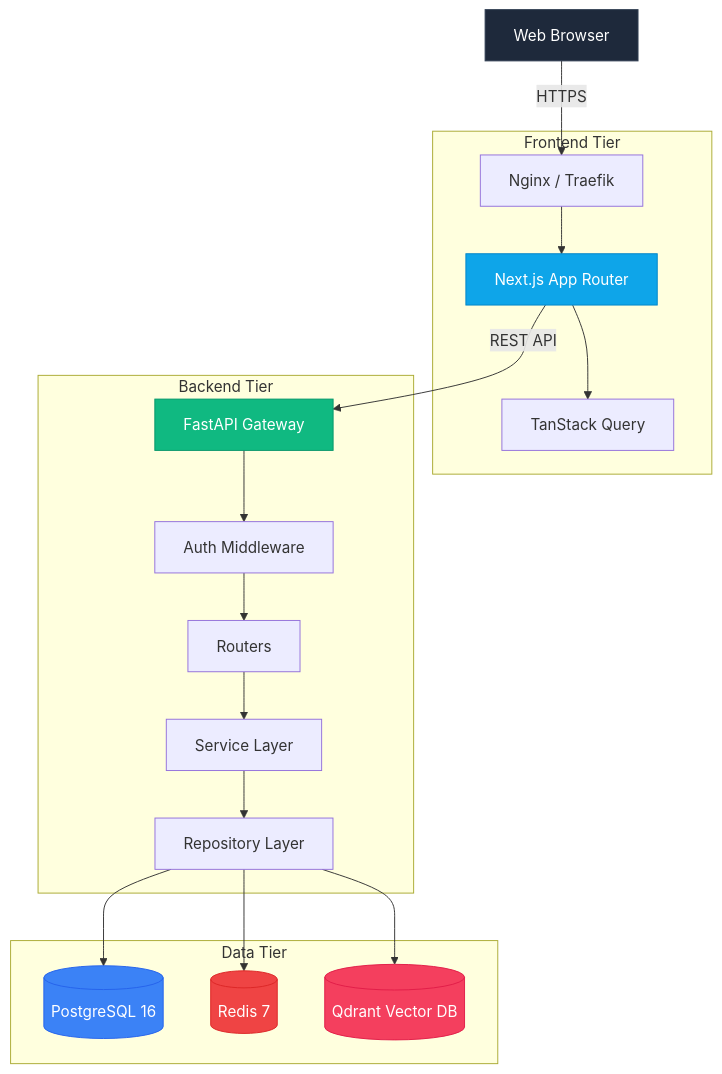
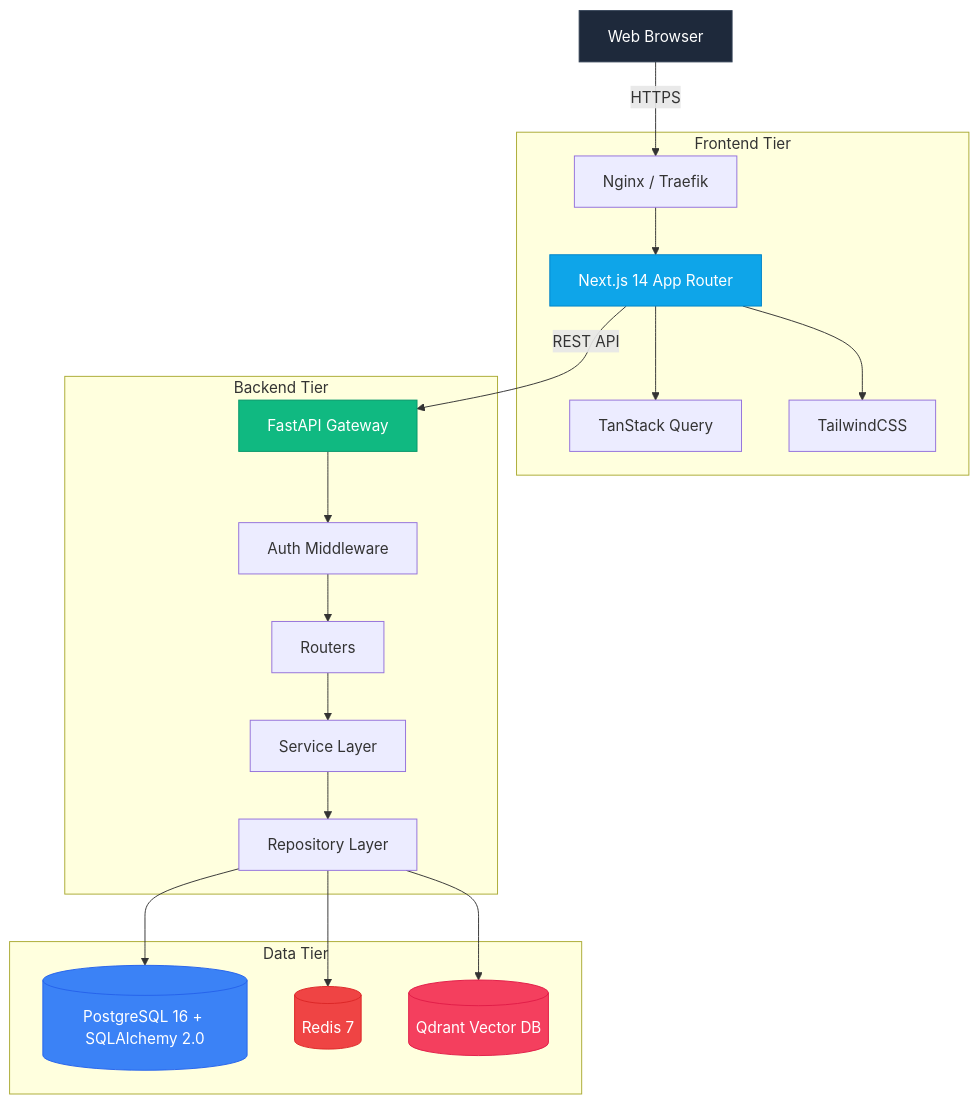
Before and after one commit to alive-xd/SentriX: the first of 4 diagrams in README.md, drawn with Mermaid. The commit also changed other lines of this file and 12 other files, not shown here.

Commit message:
Merge architecture to README and add actual screenshots

````diff
--- a/README.md
+++ b/README.md
@@ -131,30 +91,31 @@
 ```mermaid
 graph TD
     Client[Web Browser] -->|HTTPS| Proxy[Nginx / Traefik]
     
     subgraph "Frontend Tier"
-        Proxy --> UI[Next.js App Router]
+        Proxy --> UI[Next.js 14 App Router]
         UI --> ReactQuery[TanStack Query]
+        UI --> Tailwind[TailwindCSS]
     end
     
     subgraph "Backend Tier"
         UI -->|REST API| API[FastAPI Gateway]
         API --> Auth[Auth Middleware]
         Auth --> Controllers[Routers]
         Controllers --> Services[Service Layer]
         Services --> Repos[Repository Layer]
     end
     
     subgraph "Data Tier"
-        Repos --> PG[(PostgreSQL 16)]
+        Repos --> PG[(PostgreSQL 16 + SQLAlchemy 2.0)]
         Repos --> Redis[(Redis 7)]
         Repos --> Qdrant[(Qdrant Vector DB)]
     end
     
     style Client fill:#1e293b,color:#fff,stroke:#334155
     style UI fill:#0ea5e9,color:#fff,stroke:#0284c7
     style API fill:#10b981,color:#fff,stroke:#059669
     style PG fill:#3b82f6,color:#fff,stroke:#2563eb
     style Redis fill:#ef4444,color:#fff,stroke:#dc2626
     style Qdrant fill:#f43f5e,color:#fff,stroke:#e11d48
 ```
````
